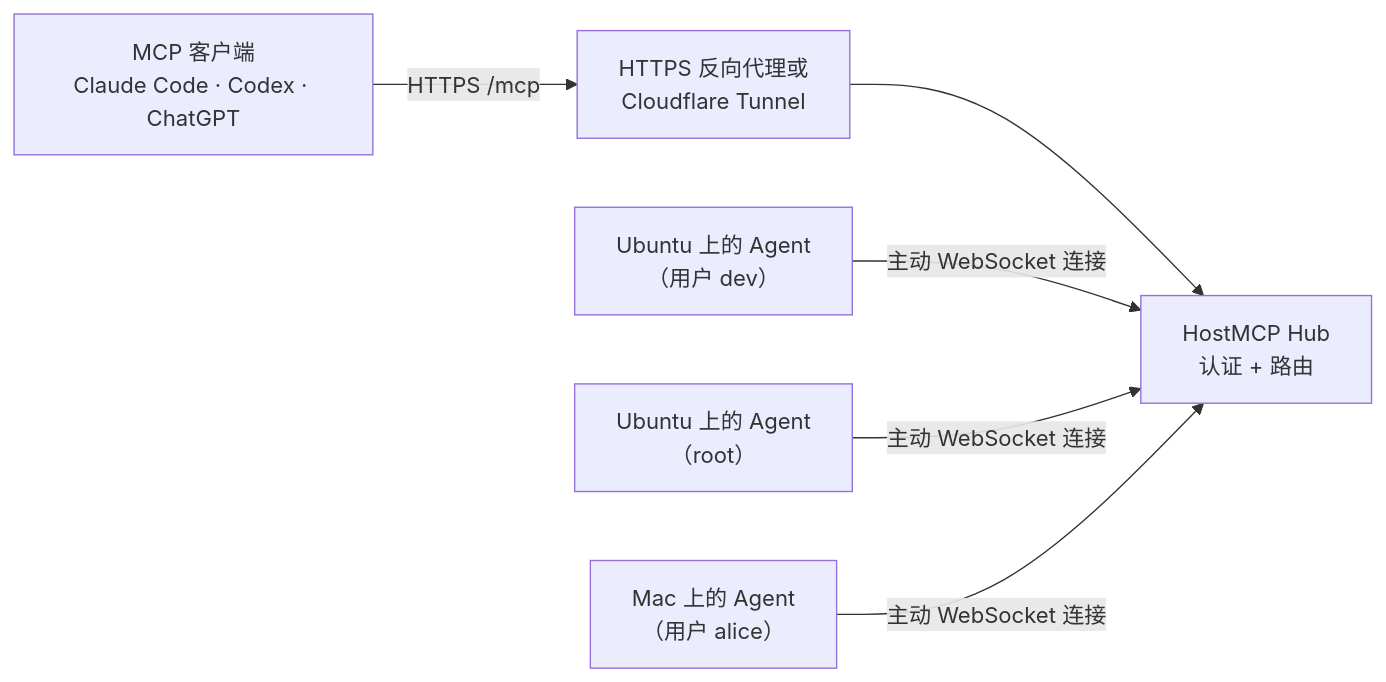
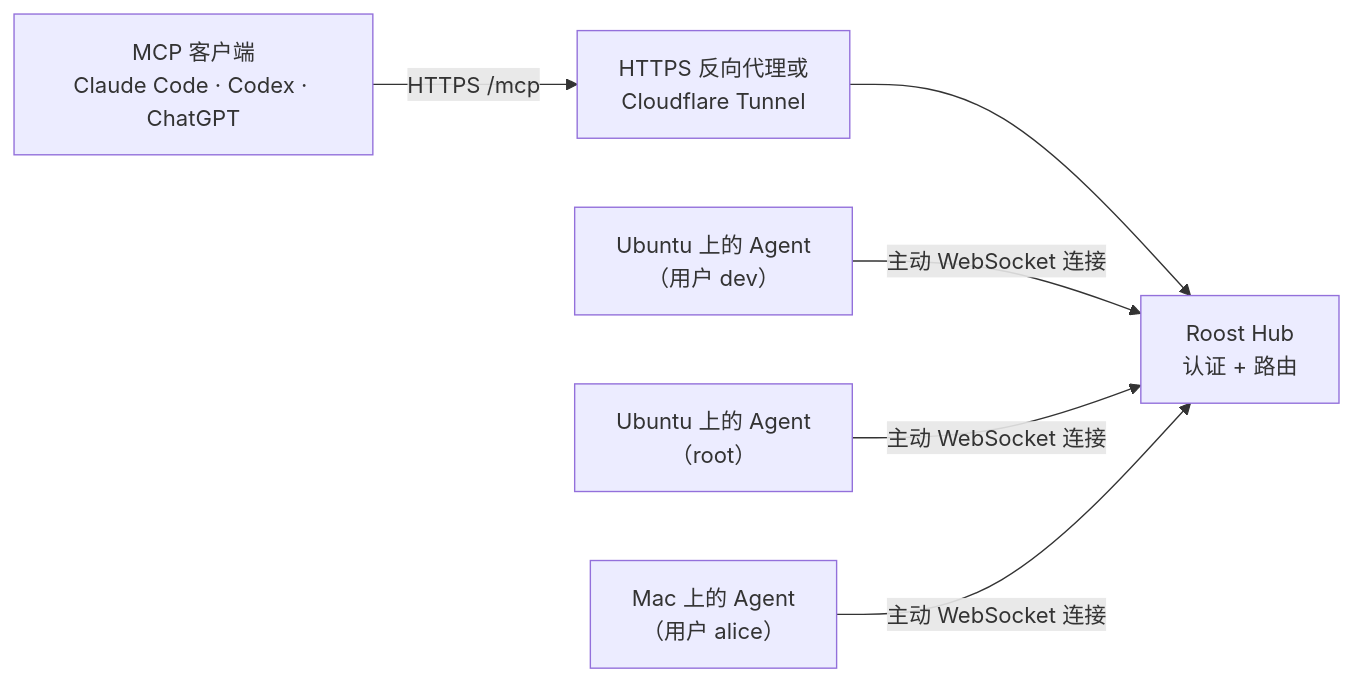
The diagram in README.zh-CN.md (soren-labs/hostmcp), drawn with Mermaid before and after one commit. The commit also changed other lines of this file and 84 other files, not shown here.

First line of the commit message:
Rename HostMCP to Roost and lead with the any-client positioning

````diff
--- a/README.zh-CN.md
+++ b/README.zh-CN.md
@@ -39,8 +47,8 @@
 ```mermaid
 flowchart LR
     C["MCP 客户端<br/>Claude Code · Codex · ChatGPT"] -->|"HTTPS /mcp"| E["HTTPS 反向代理或<br/>Cloudflare Tunnel"]
-    E --> H["HostMCP Hub<br/>认证 + 路由"]
+    E --> H["Roost Hub<br/>认证 + 路由"]
     A1["Ubuntu 上的 Agent<br/>（用户 dev）"] -->|"主动 WebSocket 连接"| H
     A2["Ubuntu 上的 Agent<br/>（root）"] -->|"主动 WebSocket 连接"| H
     A3["Mac 上的 Agent<br/>（用户 alice）"] -->|"主动 WebSocket 连接"| H
 ```
````
